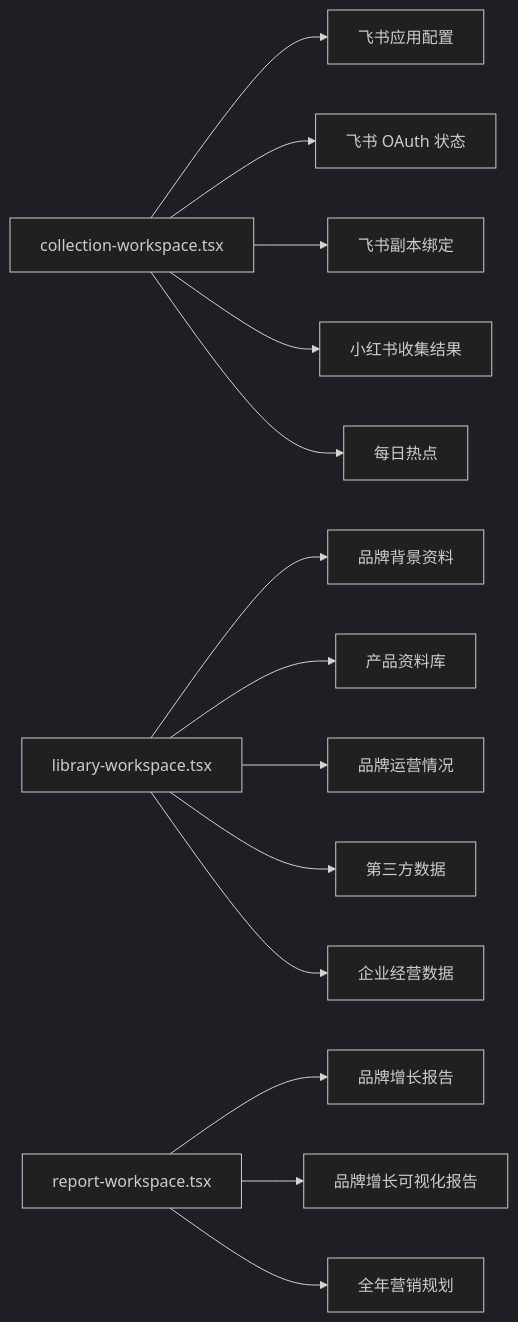
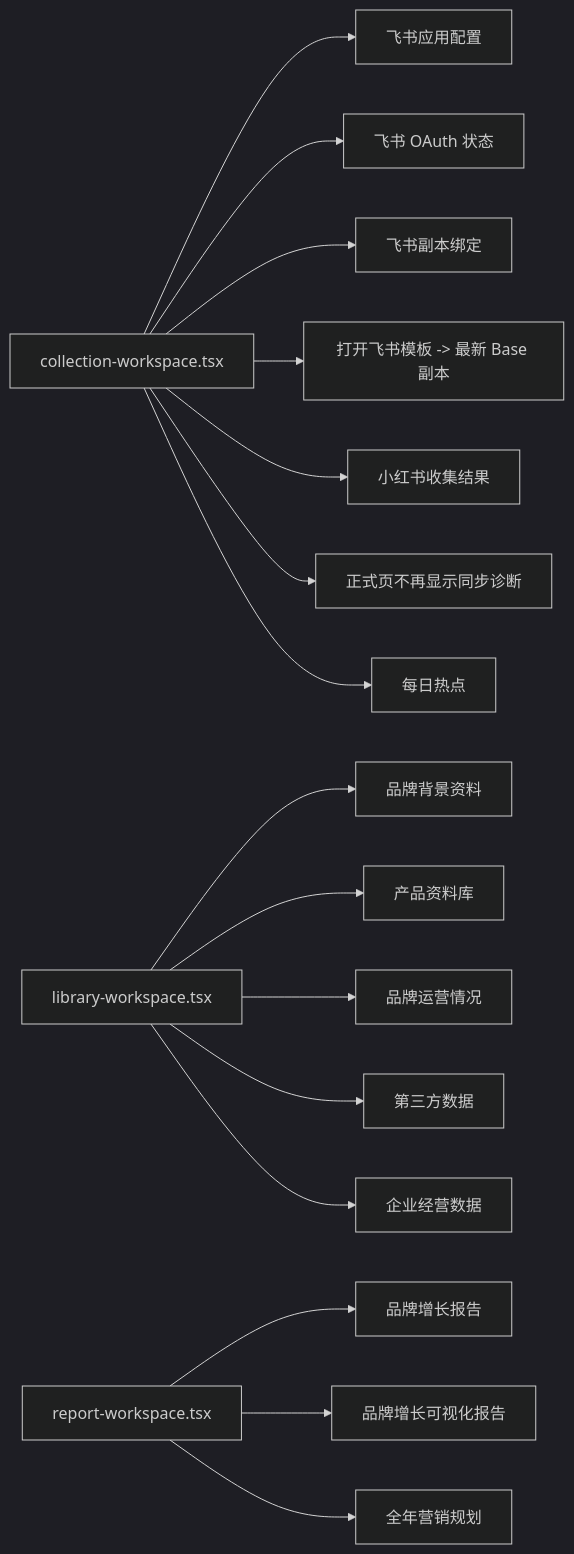
The fourth of 11 diagrams in docs/site-map-mermaid.md (Depthukesh/ai-omni-ops-system), drawn with Mermaid (dark theme) before and after one commit. The commit also changed 6 other files, not shown here.

````diff
--- a/docs/site-map-mermaid.md
+++ b/docs/site-map-mermaid.md
@@ -180,21 +180,23 @@
 ```mermaid
 flowchart LR
     A["collection-workspace.tsx"]
     A --> A1["飞书应用配置"]
     A --> A2["飞书 OAuth 状态"]
     A --> A3["飞书副本绑定"]
+    A --> A31["打开飞书模板 -> 最新 Base 副本"]
     A --> A4["小红书收集结果"]
+    A --> A41["正式页不再显示同步诊断"]
     A --> A5["每日热点"]
 
     B["library-workspace.tsx"]
     B --> B1["品牌背景资料"]
     B --> B2["产品资料库"]
     B --> B3["品牌运营情况"]
     B --> B4["第三方数据"]
     B --> B5["企业经营数据"]
 
     C["report-workspace.tsx"]
     C --> C1["品牌增长报告"]
     C --> C2["品牌增长可视化报告"]
     C --> C3["全年营销规划"]
 ```
````
